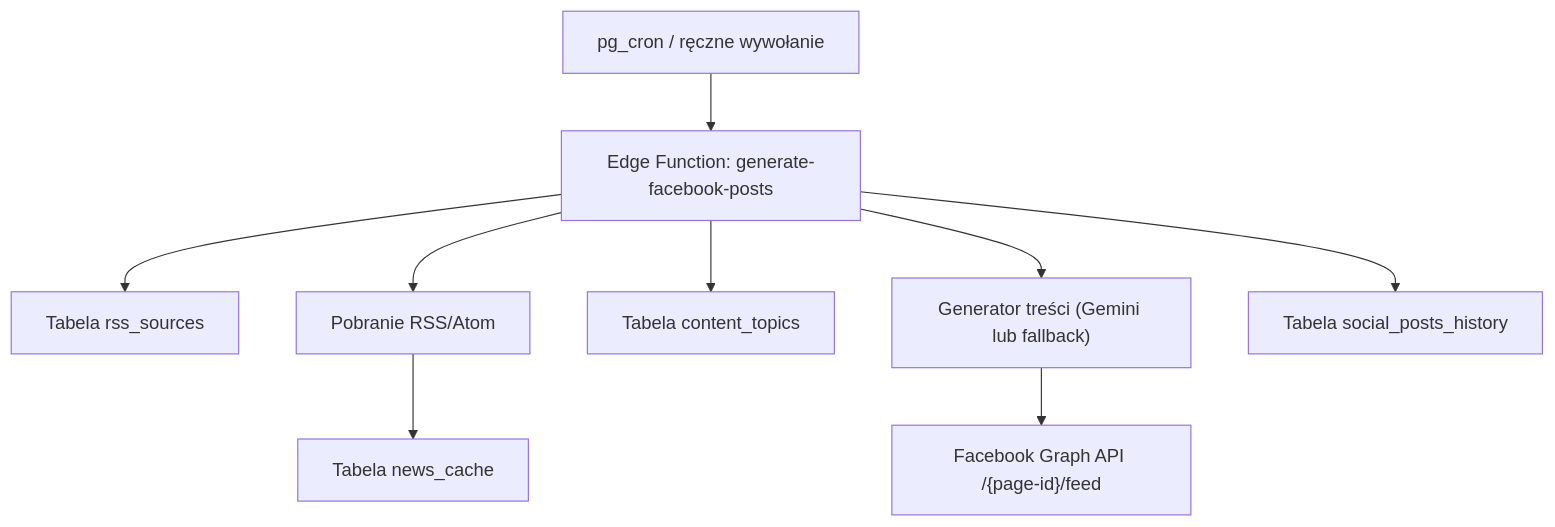
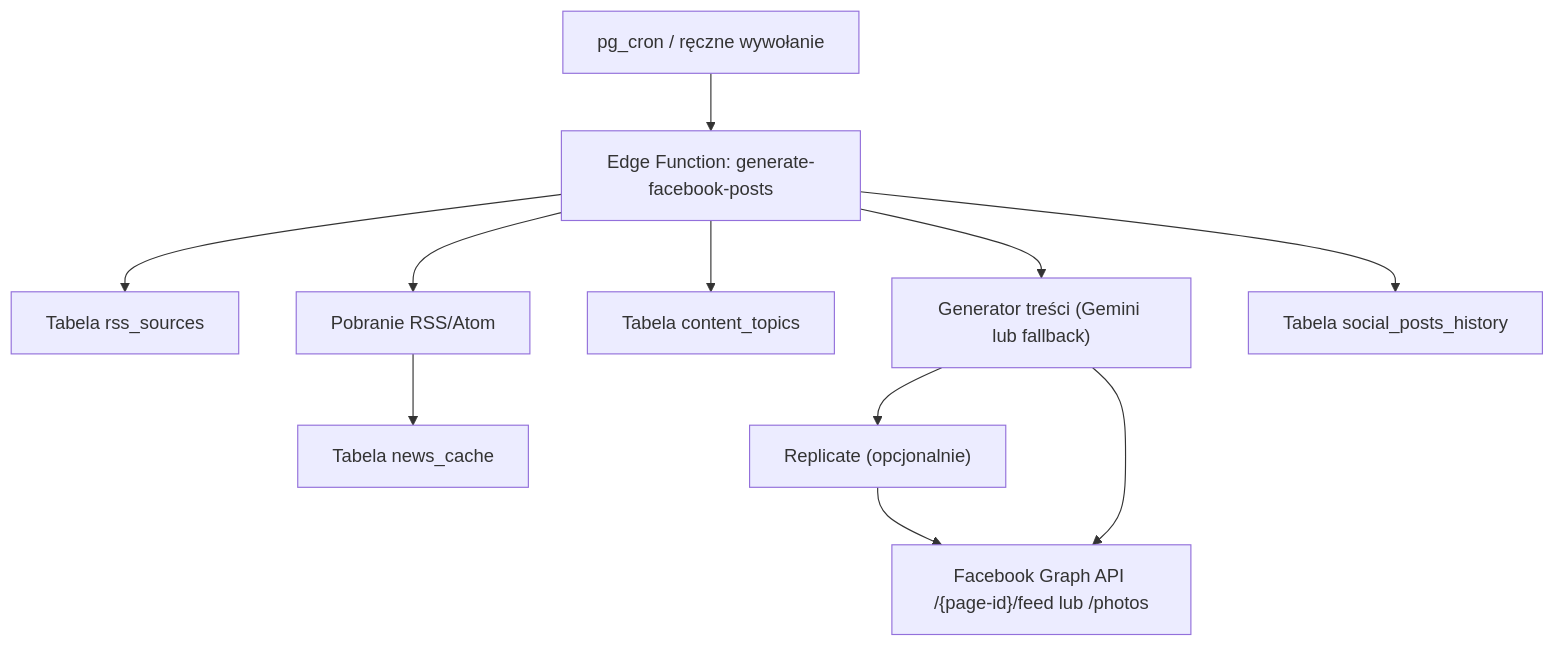
The diagram in README.md (tech4-company/facebook-autopost), drawn with Mermaid before and after one commit. The commit also changed other lines of this file and 7 other files, not shown here.

````diff
--- a/README.md
+++ b/README.md
@@ -29,11 +50,13 @@
 ```mermaid
 flowchart TD
   A["pg_cron / ręczne wywołanie"] --> B["Edge Function: generate-facebook-posts"]
   B --> C["Tabela rss_sources"]
   B --> D["Pobranie RSS/Atom"]
   D --> E["Tabela news_cache"]
   B --> F["Tabela content_topics"]
   B --> G["Generator treści (Gemini lub fallback)"]
-  G --> H["Facebook Graph API /{page-id}/feed"]
-  B --> I["Tabela social_posts_history"]
+  G --> H["Replicate (opcjonalnie)"]
+  H --> I["Facebook Graph API /{page-id}/feed lub /photos"]
+  G --> I
+  B --> J["Tabela social_posts_history"]
 ```
````
